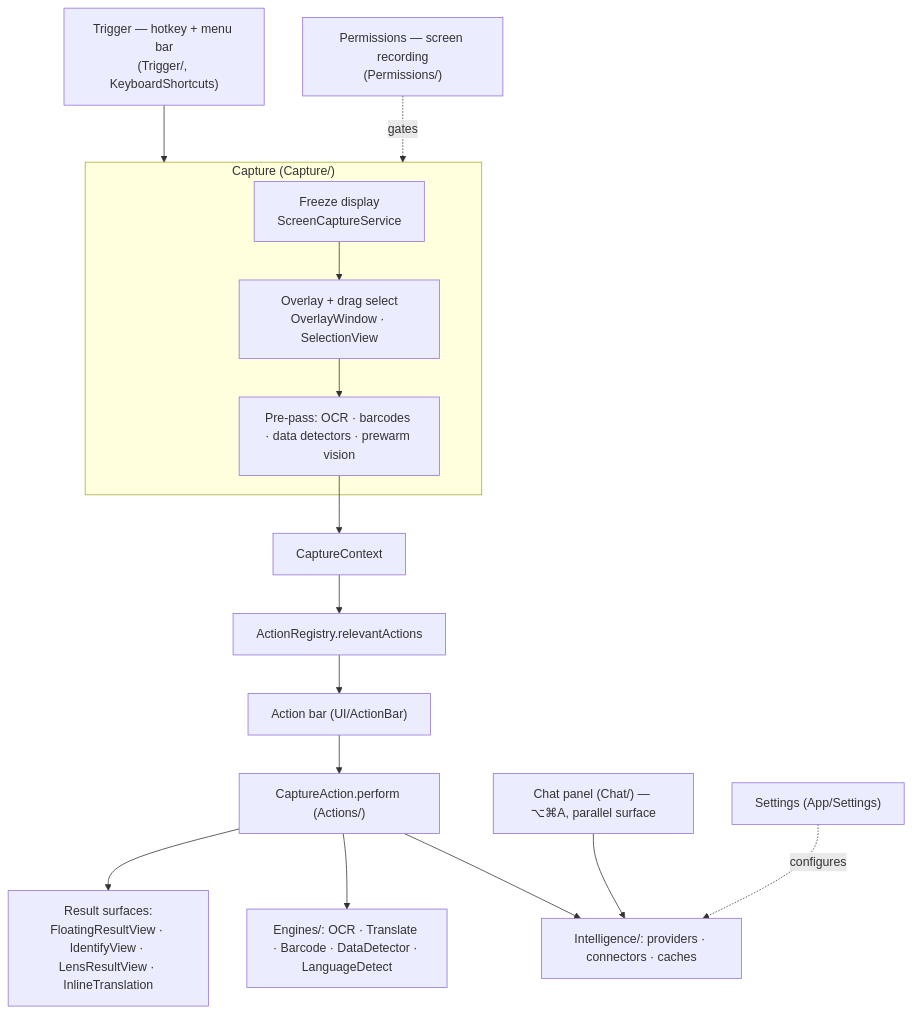
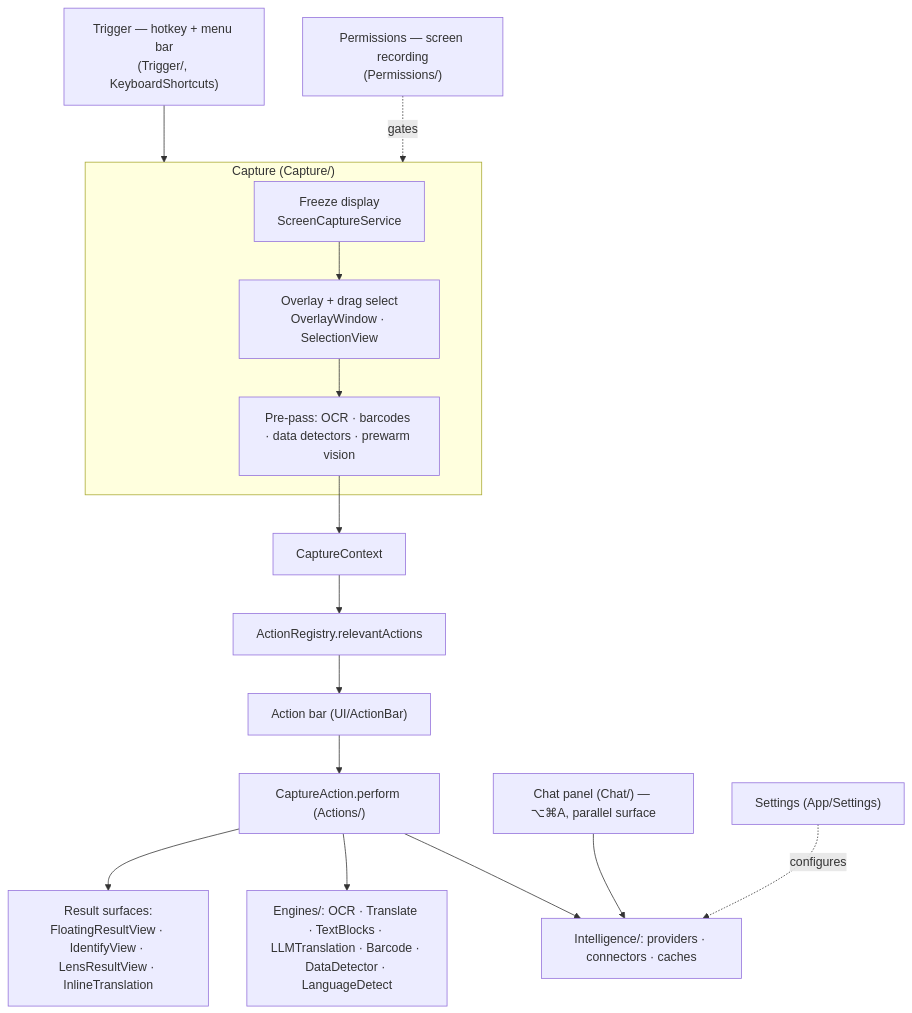
The first of 8 diagrams in docs/APP_FLOW.md (civarry/lasso-app), drawn with Mermaid before and after one commit. The commit also changed other lines of this file and 12 other files, not shown here.

````diff
--- a/docs/APP_FLOW.md
+++ b/docs/APP_FLOW.md
@@ -15,22 +15,22 @@
 ```mermaid
 flowchart TD
   Trigger["Trigger — hotkey + menu bar<br/>(Trigger/, KeyboardShortcuts)"] --> Capture
   Perms["Permissions — screen recording<br/>(Permissions/)"] -.gates.-> Capture
 
   subgraph Capture["Capture (Capture/)"]
     Freeze["Freeze display<br/>ScreenCaptureService"] --> Select["Overlay + drag select<br/>OverlayWindow · SelectionView"]
     Select --> PrePass["Pre-pass: OCR · barcodes · data detectors · prewarm vision"]
   end
 
   PrePass --> Ctx[CaptureContext]
   Ctx --> Registry["ActionRegistry.relevantActions"]
   Registry --> Bar["Action bar (UI/ActionBar)"]
   Bar --> Actions["CaptureAction.perform (Actions/)"]
 
-  Actions --> Engines["Engines/: OCR · Translate · Barcode · DataDetector · LanguageDetect"]
+  Actions --> Engines["Engines/: OCR · Translate · TextBlocks · LLMTranslation · Barcode · DataDetector · LanguageDetect"]
   Actions --> Intel["Intelligence/: providers · connectors · caches"]
   Actions --> Result["Result surfaces:<br/>FloatingResultView · IdentifyView · LensResultView · InlineTranslation"]
 
   Chat["Chat panel (Chat/) — ⌥⌘A, parallel surface"] --> Intel
   Settings["Settings (App/Settings)"] -.configures.-> Intel
 ```
````
